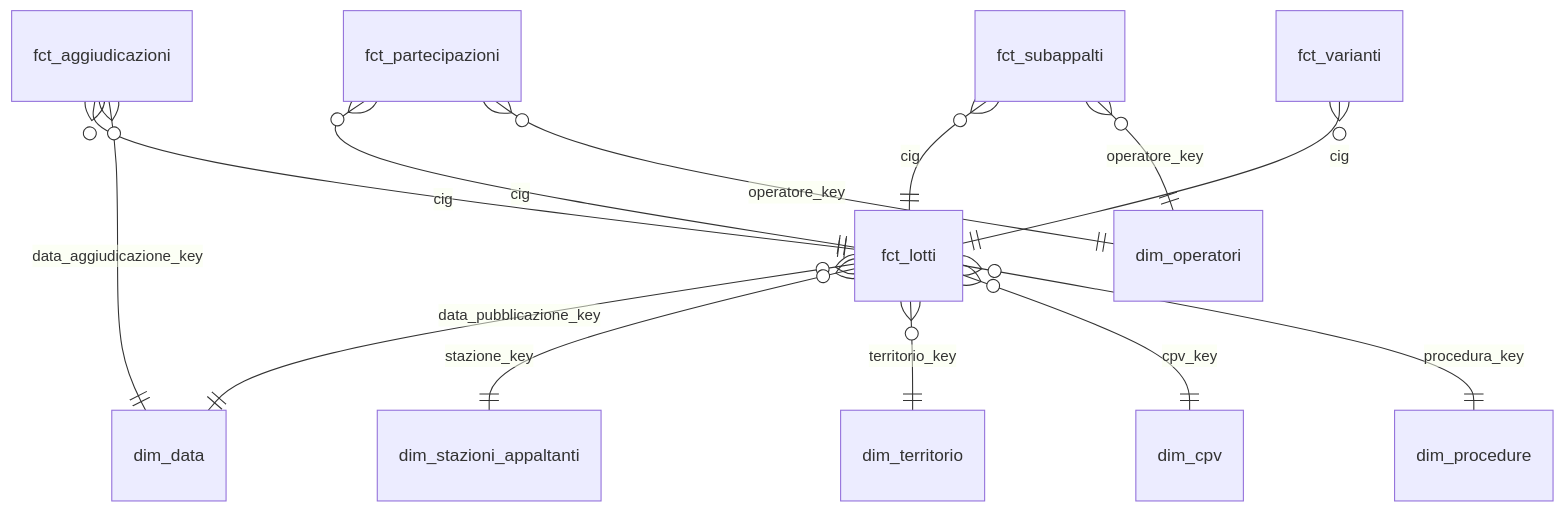
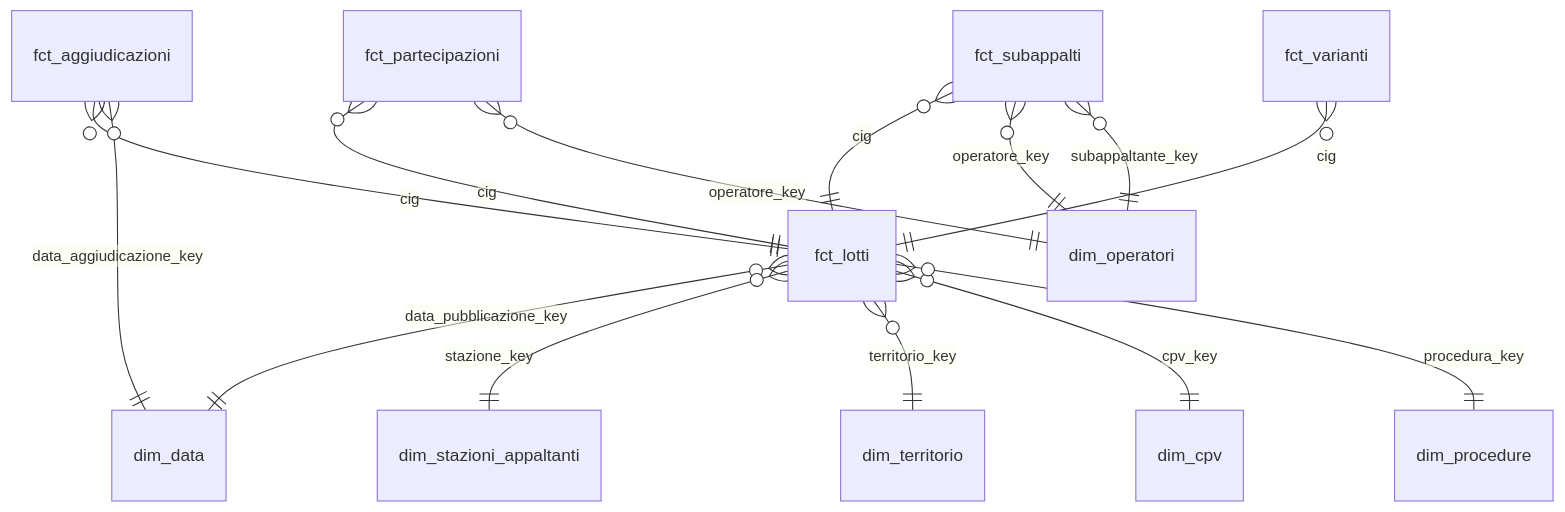
One commit to HARISPAARTAN/anac-appalti-dbt changed the second of 2 diagrams in README.md. Above: the diagram before and after it, drawn with Mermaid. The commit also changed other lines of this file and 7 other files, not shown here.

````diff
--- a/README.md
+++ b/README.md
@@ -95,15 +106,16 @@
 ```mermaid
 erDiagram
   fct_lotti }o--|| dim_data : data_pubblicazione_key
   fct_lotti }o--|| dim_stazioni_appaltanti : stazione_key
   fct_lotti }o--|| dim_territorio : territorio_key
   fct_lotti }o--|| dim_cpv : cpv_key
   fct_lotti }o--|| dim_procedure : procedura_key
   fct_aggiudicazioni }o--|| fct_lotti : cig
   fct_aggiudicazioni }o--|| dim_data : data_aggiudicazione_key
   fct_partecipazioni }o--|| fct_lotti : cig
   fct_partecipazioni }o--|| dim_operatori : operatore_key
   fct_varianti }o--|| fct_lotti : cig
   fct_subappalti }o--|| fct_lotti : cig
   fct_subappalti }o--|| dim_operatori : operatore_key
+  fct_subappalti }o--|| dim_operatori : subappaltante_key
 ```
````
